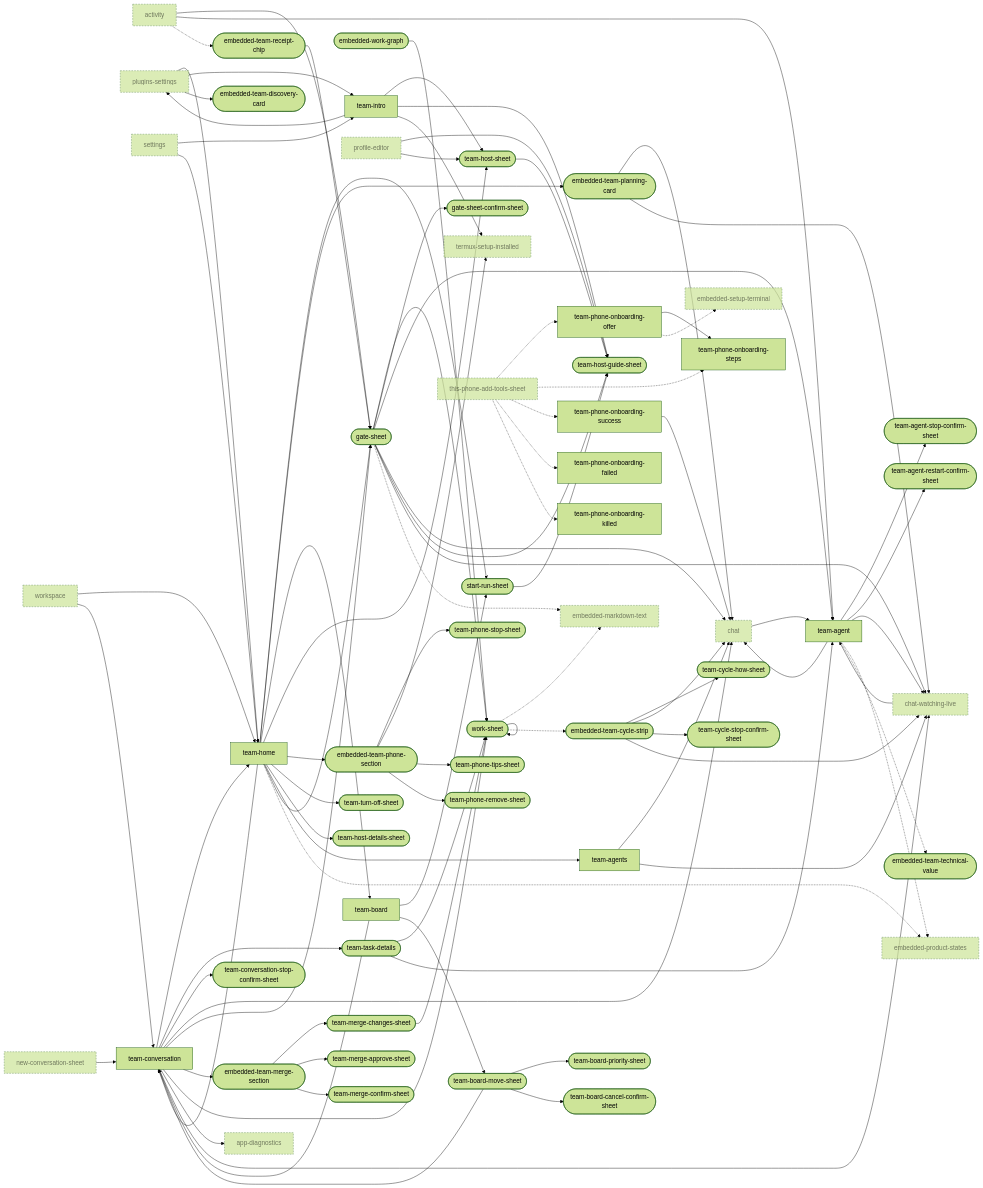
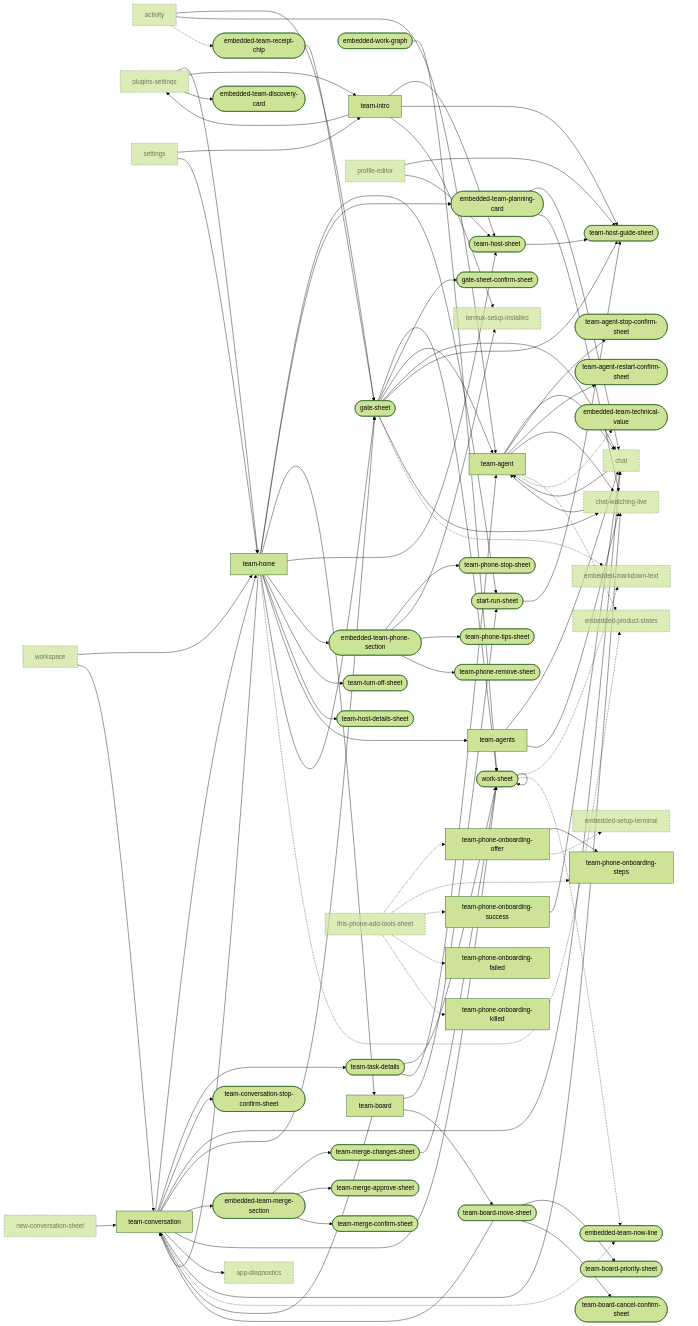
One commit to Breskott/opencode-mobile-next changed the seventh of 10 diagrams in docs/design/ui-ledger/navigation.md. Above: the diagram before and after it, drawn with Mermaid (forest theme). The commit also changed other lines of this file and 210 other files, not shown here.

```diff
--- a/docs/design/ui-ledger/navigation.md
+++ b/docs/design/ui-ledger/navigation.md
@@ -931,9 +919,9 @@
   embedded_markdown_text["embedded-markdown-text"]:::ext
   embedded_product_states["embedded-product-states"]:::ext
   embedded_setup_terminal["embedded-setup-terminal"]:::ext
-  embedded_team_cycle_strip(["embedded-team-cycle-strip"])
   embedded_team_discovery_card(["embedded-team-discovery-card"])
   embedded_team_merge_section(["embedded-team-merge-section"])
+  embedded_team_now_line(["embedded-team-now-line"])
   embedded_team_phone_section(["embedded-team-phone-section"])
   embedded_team_planning_card(["embedded-team-planning-card"])
   embedded_team_receipt_chip(["embedded-team-receipt-chip"])
@@ -956,8 +944,6 @@
   team_board_priority_sheet(["team-board-priority-sheet"])
   team_conversation["team-conversation"]
   team_conversation_stop_confirm_sheet(["team-conversation-stop-confirm-sheet"])
-  team_cycle_how_sheet(["team-cycle-how-sheet"])
-  team_cycle_stop_confirm_sheet(["team-cycle-stop-confirm-sheet"])
   team_home["team-home"]
   team_host_details_sheet(["team-host-details-sheet"])
   team_host_guide_sheet(["team-host-guide-sheet"])
@@ -1005,9 +991,6 @@
   team_agent --> chat
   team_agent --> team_agent_stop_confirm_sheet
   team_agent --> team_agent_restart_confirm_sheet
-  embedded_team_cycle_strip --> team_cycle_how_sheet
-  embedded_team_cycle_strip --> chat
-  embedded_team_cycle_strip --> team_cycle_stop_confirm_sheet
   embedded_team_receipt_chip --> gate_sheet
   team_intro --> plugins_settings
   team_intro --> team_host_sheet
@@ -1051,7 +1034,6 @@
   team_agent --> chat_watching_live
   team_agents --> chat_watching_live
   team_conversation --> chat_watching_live
-  embedded_team_cycle_strip --> chat_watching_live
   gate_sheet --> chat_watching_live
   embedded_team_planning_card --> chat_watching_live
   settings --> team_home
@@ -1062,8 +1044,9 @@
   gate_sheet -.-> embedded_markdown_text
   work_sheet -.-> embedded_markdown_text
   team_phone_onboarding_offer -.-> embedded_setup_terminal
-  work_sheet -.-> embedded_team_cycle_strip
   activity -.-> embedded_team_receipt_chip
+  team_conversation -.-> embedded_team_now_line
+  work_sheet -.-> embedded_team_now_line
   this_phone_add_tools_sheet -.-> team_phone_onboarding_offer
   this_phone_add_tools_sheet -.-> team_phone_onboarding_steps
   this_phone_add_tools_sheet -.-> team_phone_onboarding_success
```
